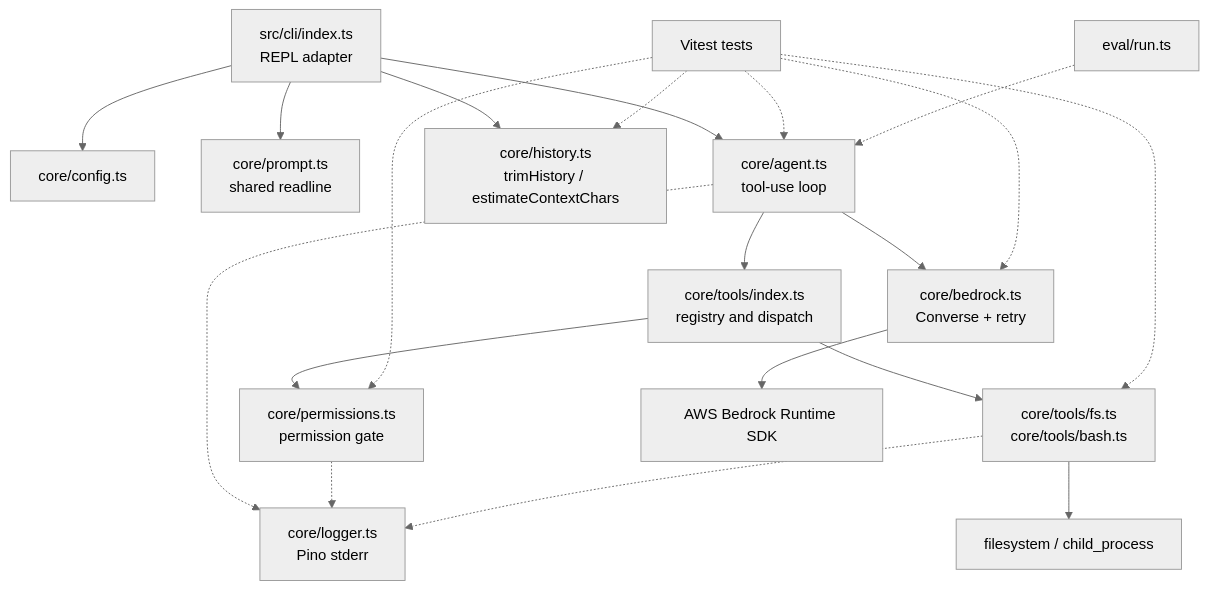
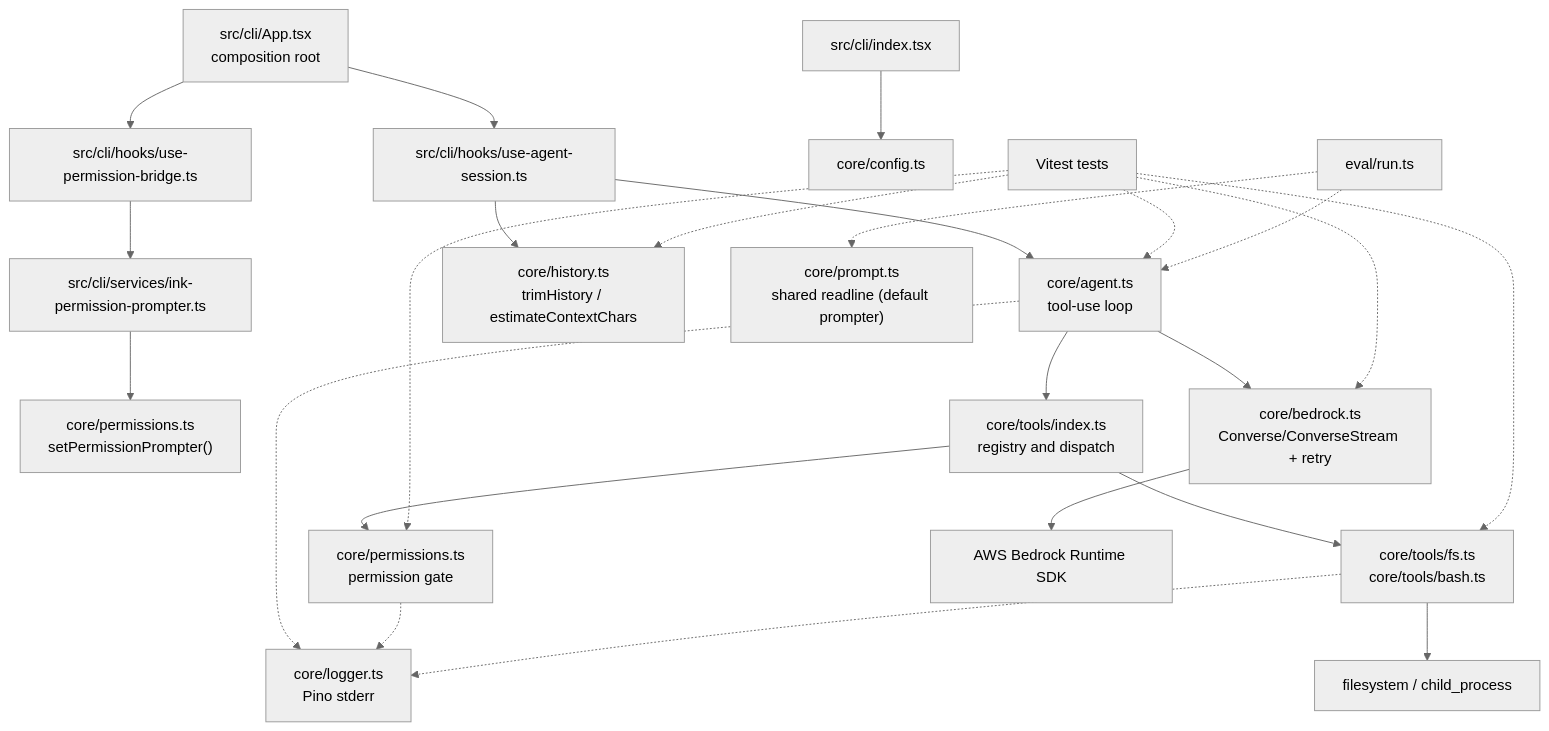
The diagram in docs/system-architecture.md (danielleit241/mini-harness), drawn with Mermaid (neutral theme) before and after one commit. The commit also changed other lines of this file and 32 other files, not shown here.

First line of the commit message:
feat(cli): stream agent replies and rebuild REPL on Ink

````diff
--- a/docs/system-architecture.md
+++ b/docs/system-architecture.md
@@ -7,22 +7,26 @@
 ```mermaid
 flowchart TB
-    CLI["src/cli/index.ts\nREPL adapter"] --> CONFIG["core/config.ts"]
-    CLI --> PROMPT["core/prompt.ts\nshared readline"]
-    CLI --> AGENT["core/agent.ts\ntool-use loop"]
-    AGENT --> BEDROCK["core/bedrock.ts\nConverse + retry"]
+    CLI["src/cli/App.tsx\ncomposition root"] --> SESSION["src/cli/hooks/use-agent-session.ts"]
+    CLI --> BRIDGE["src/cli/hooks/use-permission-bridge.ts"]
+    BRIDGE --> PROMPTER["src/cli/services/ink-permission-prompter.ts"]
+    CONFIGSTART["src/cli/index.tsx"] --> CONFIG["core/config.ts"]
+    SESSION --> AGENT["core/agent.ts\ntool-use loop"]
+    PROMPTER --> INKPROMPT["core/permissions.ts\nsetPermissionPrompter()"]
+    AGENT --> BEDROCK["core/bedrock.ts\nConverse/ConverseStream + retry"]
     AGENT --> DISPATCH["core/tools/index.ts\nregistry and dispatch"]
     DISPATCH --> PERM["core/permissions.ts\npermission gate"]
     DISPATCH --> TOOLS["core/tools/fs.ts\ncore/tools/bash.ts"]
     BEDROCK --> AWS["AWS Bedrock Runtime SDK"]
     TOOLS --> HOST["filesystem / child_process"]
-    CLI --> HISTORY["core/history.ts\ntrimHistory / estimateContextChars"]
+    SESSION --> HISTORY["core/history.ts\ntrimHistory / estimateContextChars"]
     AGENT -.-> LOGGER["core/logger.ts\nPino stderr"]
     PERM -.-> LOGGER
     TOOLS -.-> LOGGER
     TESTS["Vitest tests"] -.-> AGENT
     TESTS -.-> BEDROCK
     TESTS -.-> PERM
     TESTS -.-> TOOLS
     TESTS -.-> HISTORY
     EVAL["eval/run.ts"] -.-> AGENT
+    EVAL -.-> PROMPT["core/prompt.ts\nshared readline (default prompter)"]
 ```
````
